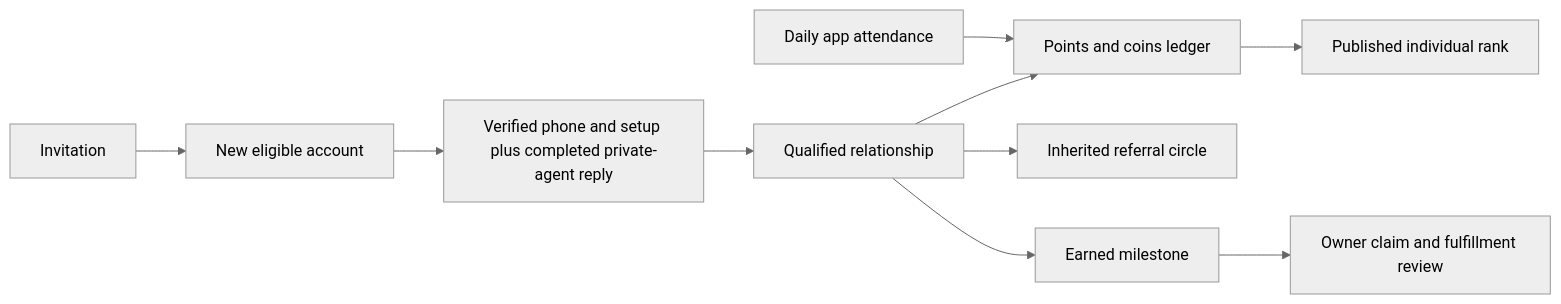
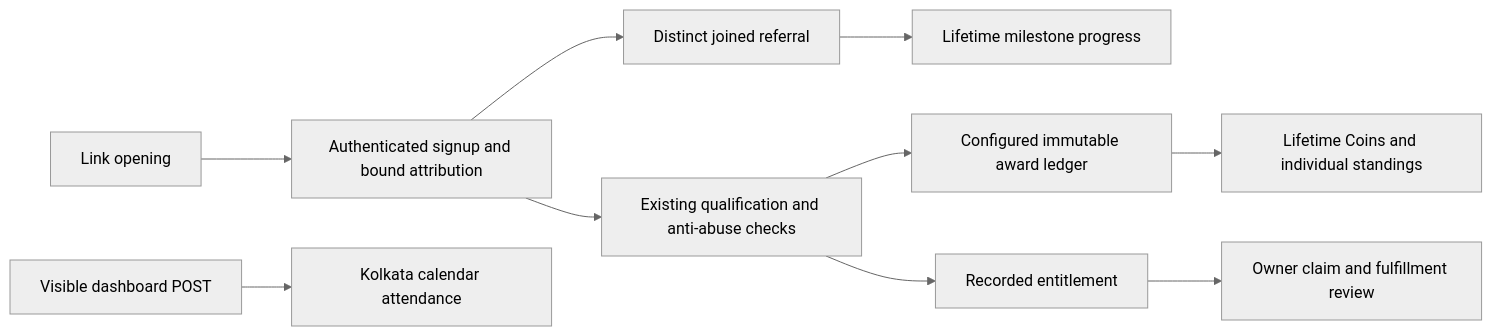
One commit to hushh-labs/hushh-research changed the diagram in docs/reference/one/referral-backend.md. Above: the diagram before and after it, drawn with Mermaid (neutral theme). The commit also changed other lines of this file and 42 other files, not shown here.

Commit message:
fix(referrals): align dashboard totals rewards attendance and rankings

````diff
--- a/docs/reference/one/referral-backend.md
+++ b/docs/reference/one/referral-backend.md
@@ -7,12 +7,12 @@
 ```mermaid
 flowchart LR
-    invite[Invitation] --> account[New eligible account]
-    account --> usage[Verified phone and setup plus completed private-agent reply]
-    usage --> qualified[Qualified relationship]
-    qualified --> ledger[Points and coins ledger]
-    qualified --> circle[Inherited referral circle]
-    ledger --> rank[Published individual rank]
-    qualified --> milestone[Earned milestone]
-    milestone --> claim[Owner claim and fulfillment review]
-    attendance[Daily app attendance] --> ledger
+  link[Link opening] --> bind[Authenticated signup and bound attribution]
+  bind --> joined[Distinct joined referral]
+  joined --> progress[Lifetime milestone progress]
+  bind --> qualify[Existing qualification and anti-abuse checks]
+  qualify --> ledger[Configured immutable award ledger]
+  qualify --> entitlement[Recorded entitlement]
+  entitlement --> claim[Owner claim and fulfillment review]
+  ledger --> coins[Lifetime Coins and individual standings]
+  visit[Visible dashboard POST] --> attendance[Kolkata calendar attendance]
 ```
````
